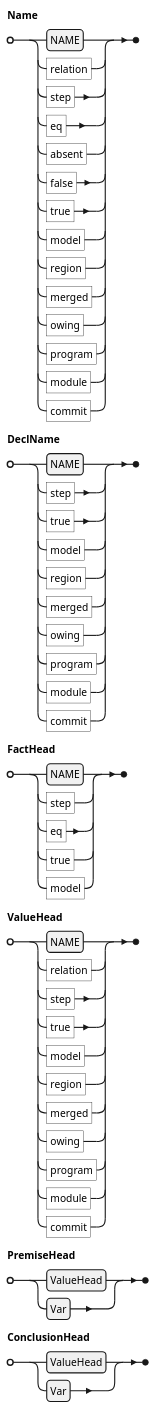
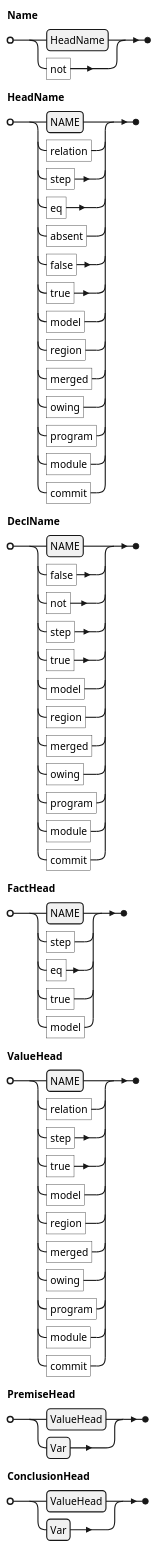
One commit to agutikov/ein changed the diagram in docs/ein/user/04-reference/diagrams/01-grammar-phrase-names.puml. Above: the diagram before and after it, drawn with PlantUML. The commit also changed 23 other files, not shown here.

First line of the commit message:
false and not are the standard library's names: not is a position word, a name wherever a name goes but a head, and a relation, a rule, an hrule and an alias may bind either; a macro may not (Q-M1f.557; S1f.21.11, task 2.3).

```diff
--- a/docs/ein/user/04-reference/diagrams/01-grammar-phrase-names.puml
+++ b/docs/ein/user/04-reference/diagrams/01-grammar-phrase-names.puml
@@ -1,14 +1,15 @@
 @startebnf
-Name =
+Name = HeadName | "not" ;
+HeadName =
     NAME | "relation" | "step" | "eq" | "absent" | "false" | "true" | "model" | "region" | "merged"
   | "owing" | "program" | "module" | "commit" ;
 DeclName =
-    NAME | "step" | "true" | "model" | "region" | "merged" | "owing" | "program" | "module"
-  | "commit" ;
+    NAME | "false" | "not" | "step" | "true" | "model" | "region" | "merged" | "owing" | "program"
+  | "module" | "commit" ;
 FactHead = NAME | "step" | "eq" | "true" | "model" ;
 ValueHead =
     NAME | "relation" | "step" | "true" | "model" | "region" | "merged" | "owing" | "program"
   | "module" | "commit" ;
 PremiseHead = ValueHead | Var ;
 ConclusionHead = ValueHead | Var ;
 @endebnf
```
